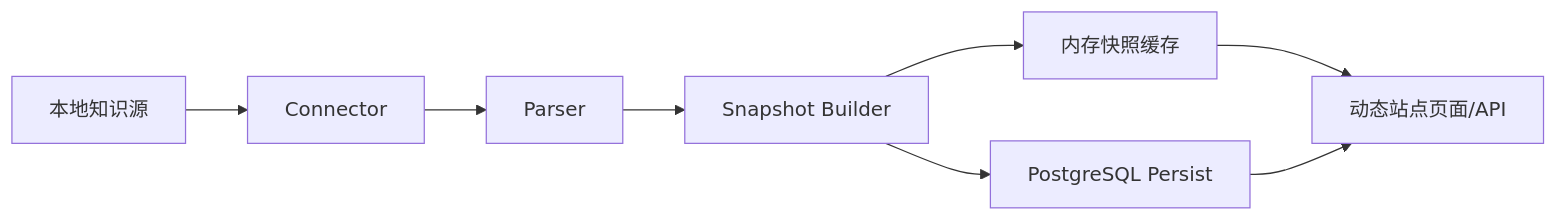
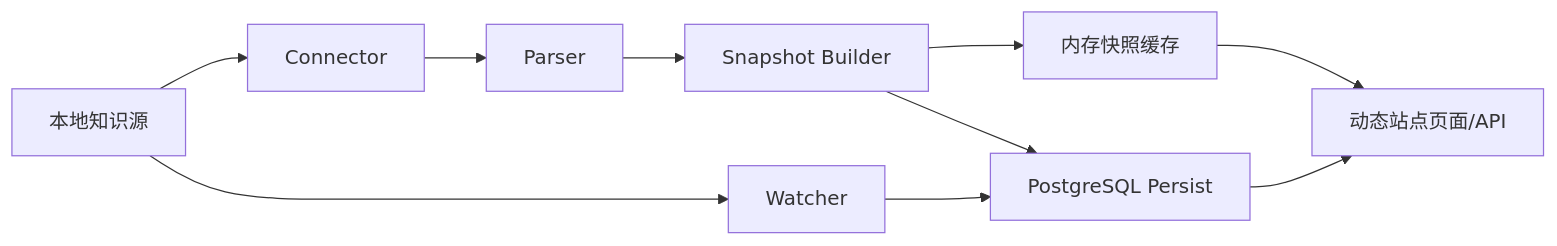
One commit to Hujunchuan/blog changed the first of 2 diagrams in project-docs/knowledge-platform/architecture.md. Above: the diagram before and after it, drawn with Mermaid. The commit also changed other lines of this file and 166 other files, not shown here.

````diff
--- a/project-docs/knowledge-platform/architecture.md
+++ b/project-docs/knowledge-platform/architecture.md
@@ -12,10 +12,12 @@
 ```mermaid
 flowchart LR
   A["本地知识源"] --> B["Connector"]
   B --> C["Parser"]
   C --> D["Snapshot Builder"]
   D --> E["内存快照缓存"]
   D --> F["PostgreSQL Persist"]
+  A --> H["Watcher"]
+  H --> F
   E --> G["动态站点页面/API"]
   F --> G
 ```
````
